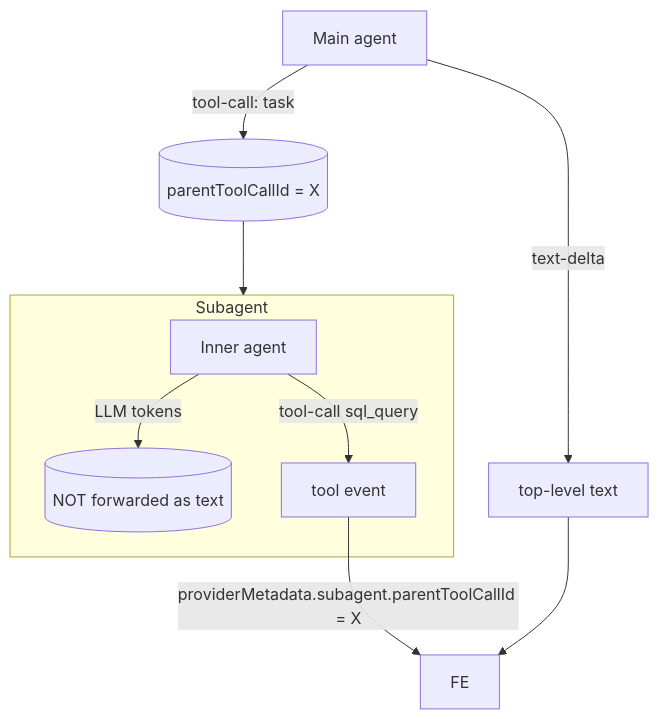
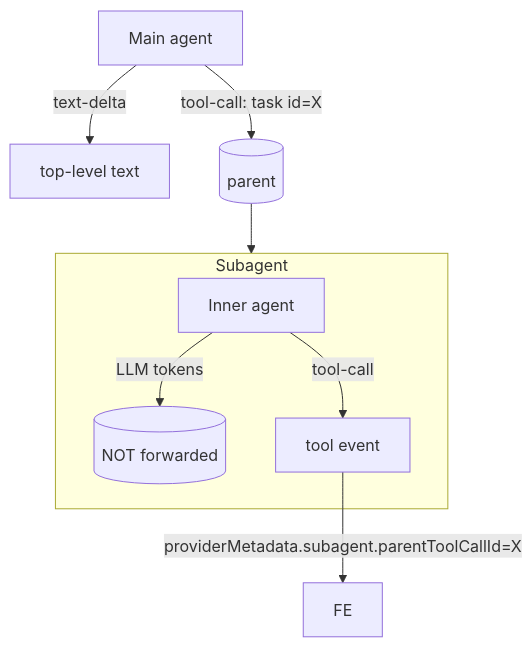
Before and after one commit to miskibin/local-code: the diagram in docs/src/content/docs/modules/streaming.md, drawn with Mermaid. The commit also changed other lines of this file and 17 other files, not shown here.

````diff
--- a/docs/src/content/docs/modules/streaming.md
+++ b/docs/src/content/docs/modules/streaming.md
@@ -38,13 +12,12 @@
 ```mermaid
 flowchart TB
     Outer[Main agent] -- text-delta --> Top[top-level text]
-    Outer -- tool-call: task --> ToolCall[(parentToolCallId = X)]
+    Outer -- tool-call: task id=X --> ToolCall[(parent)]
     subgraph Subagent
       Inner[Inner agent]
-      Inner -- LLM tokens --> Drop[(NOT forwarded as text)]
-      Inner -- tool-call sql_query --> InnerTool[tool event]
+      Inner -- LLM tokens --> Drop[(NOT forwarded)]
+      Inner -- tool-call --> InnerTool[tool event]
     end
     ToolCall --> Subagent
-    InnerTool -- providerMetadata.subagent.parentToolCallId = X --> FE
-    Top --> FE
+    InnerTool -- providerMetadata.subagent.parentToolCallId=X --> FE
 ```
````
